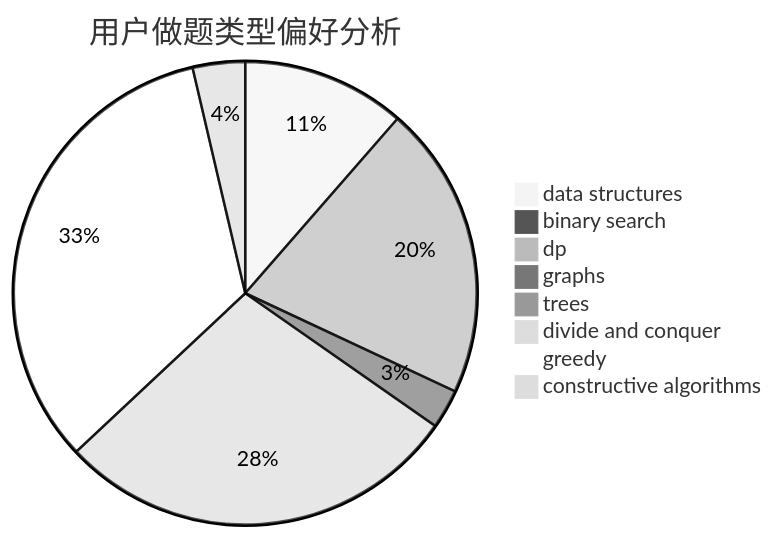
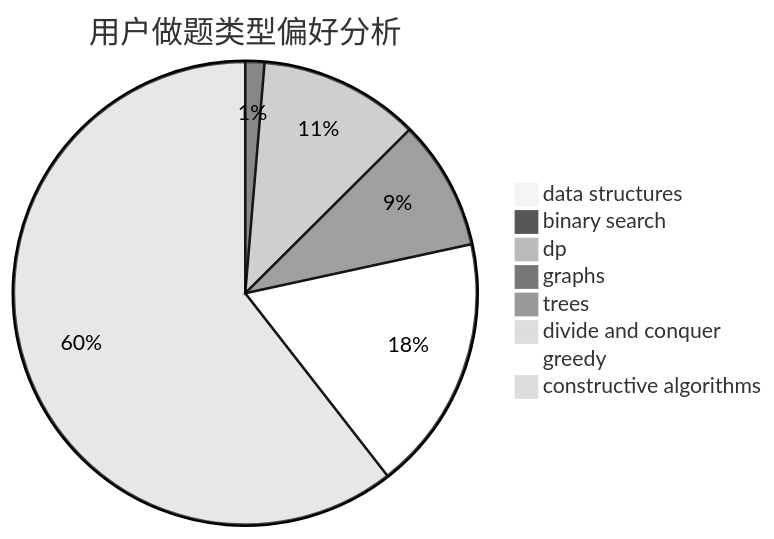
Before and after one commit to sherpahu/cfrs.github.io: the second of 3 diagrams in docs/user/u1682.md, drawn with Mermaid (neutral theme). The commit also changed other lines of this file and 2770 other files, not shown here.

````diff
--- a/docs/user/u1682.md
+++ b/docs/user/u1682.md
@@ -23,11 +23,11 @@
 ```mermaid
 pie title 用户做题类型偏好分析
-    "data structures" :  25
-    "binary search" :  0
-    "dp" :  45
-    "graphs" :  6
-    "trees" :  1
-    "divide and conquer" :  62
-    "greedy" :  73
-    "constructive algorithms" :  8
+    "data structures" :  0
+    "binary search" :  5
+    "dp" :  42
+    "graphs" :  34
+    "trees" :  2
+    "divide and conquer" :  0
+    "greedy" :  67
+    "constructive algorithms" :  227
 ```
````
